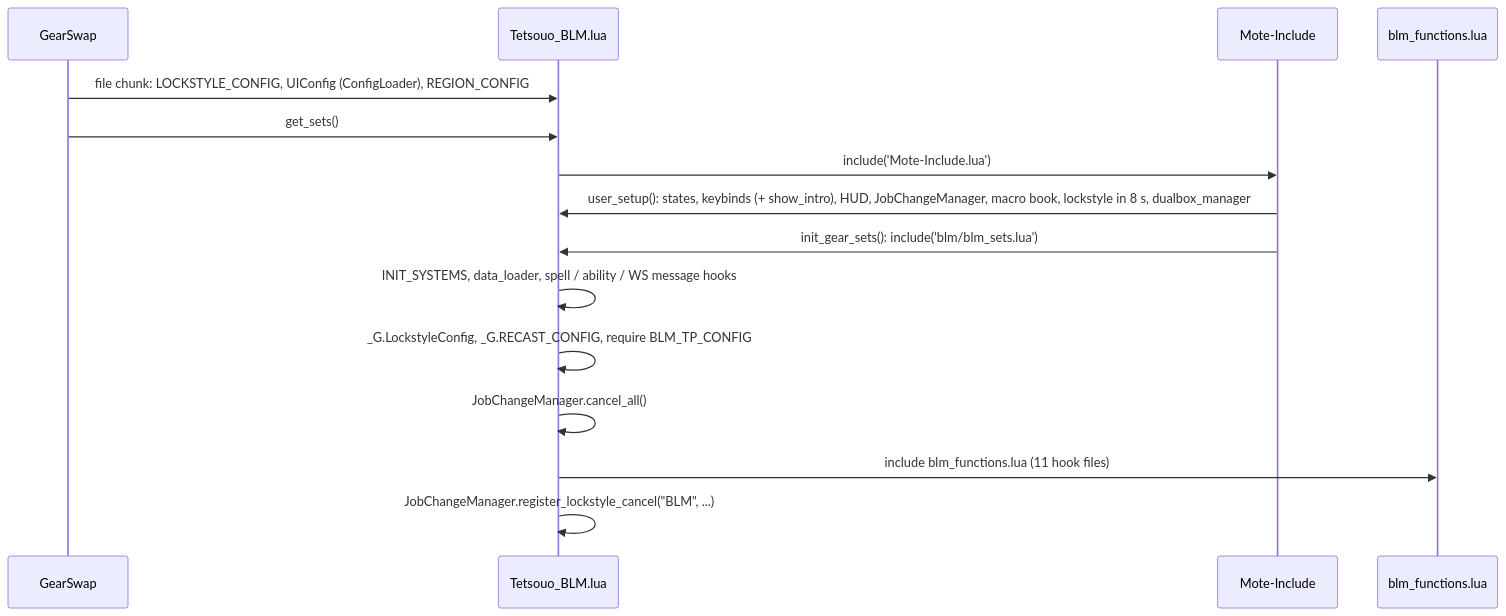
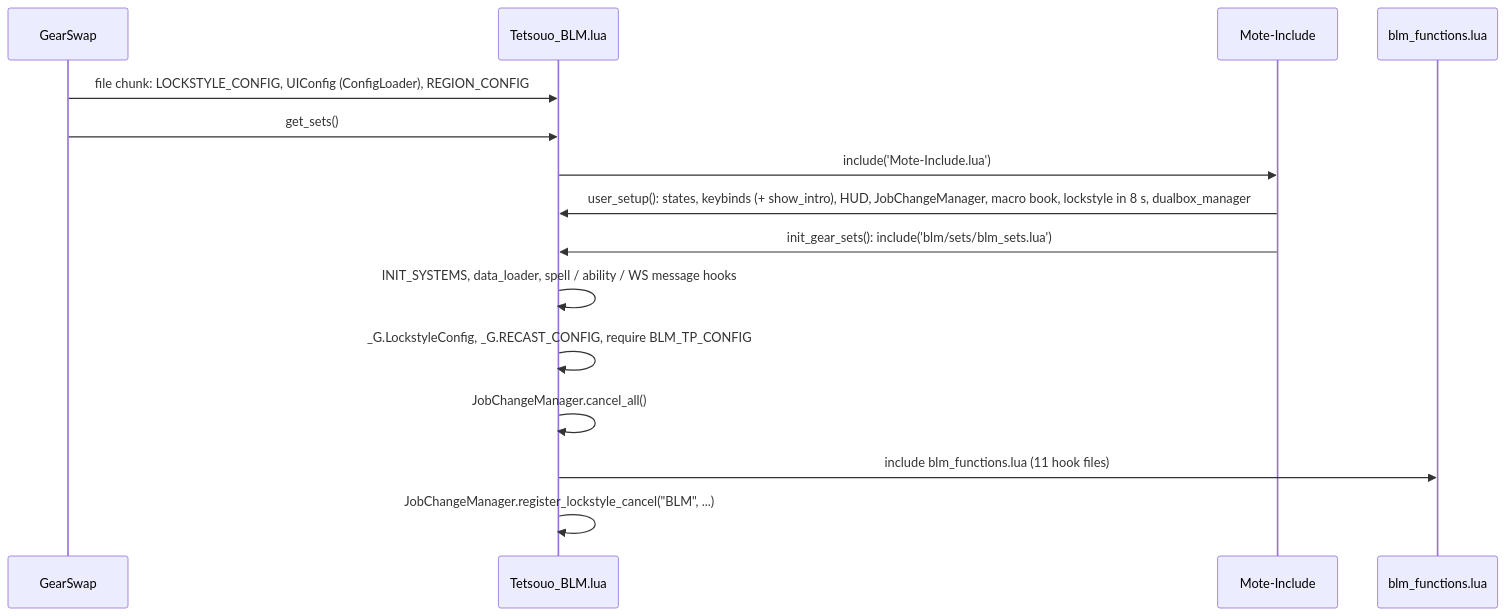
Before and after one commit to ejouanchicot/Gearswap: the first of 4 diagrams in docs/dev/jobs/blm.md, drawn with Mermaid. The commit also changed other lines of this file and 32 other files, not shown here.

First line of the commit message:
feat(layout): gear in a sets/ folder, apart from the settings

````diff
--- a/docs/dev/jobs/blm.md
+++ b/docs/dev/jobs/blm.md
@@ -89,17 +89,17 @@
 ```mermaid
 sequenceDiagram
     participant GS as GearSwap
     participant E as Tetsouo_BLM.lua
     participant M as Mote-Include
     participant F as blm_functions.lua
     GS->>E: file chunk: LOCKSTYLE_CONFIG, UIConfig (ConfigLoader), REGION_CONFIG
     GS->>E: get_sets()
     E->>M: include('Mote-Include.lua')
     M->>E: user_setup(): states, keybinds (+ show_intro), HUD, JobChangeManager, macro book, lockstyle in 8 s, dualbox_manager
-    M->>E: init_gear_sets(): include('blm/blm_sets.lua')
+    M->>E: init_gear_sets(): include('blm/sets/blm_sets.lua')
     E->>E: INIT_SYSTEMS, data_loader, spell / ability / WS message hooks
     E->>E: _G.LockstyleConfig, _G.RECAST_CONFIG, require BLM_TP_CONFIG
     E->>E: JobChangeManager.cancel_all()
     E->>F: include blm_functions.lua (11 hook files)
     E->>E: JobChangeManager.register_lockstyle_cancel("BLM", ...)
 ```
````
